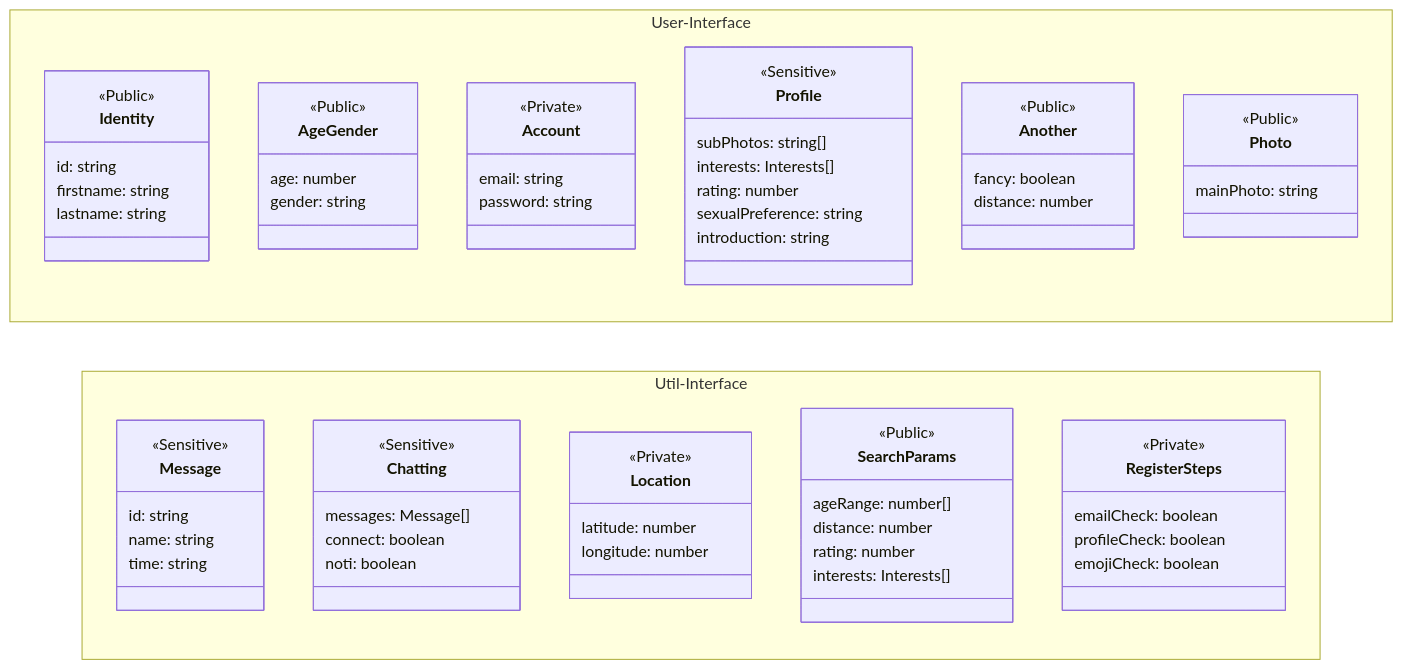
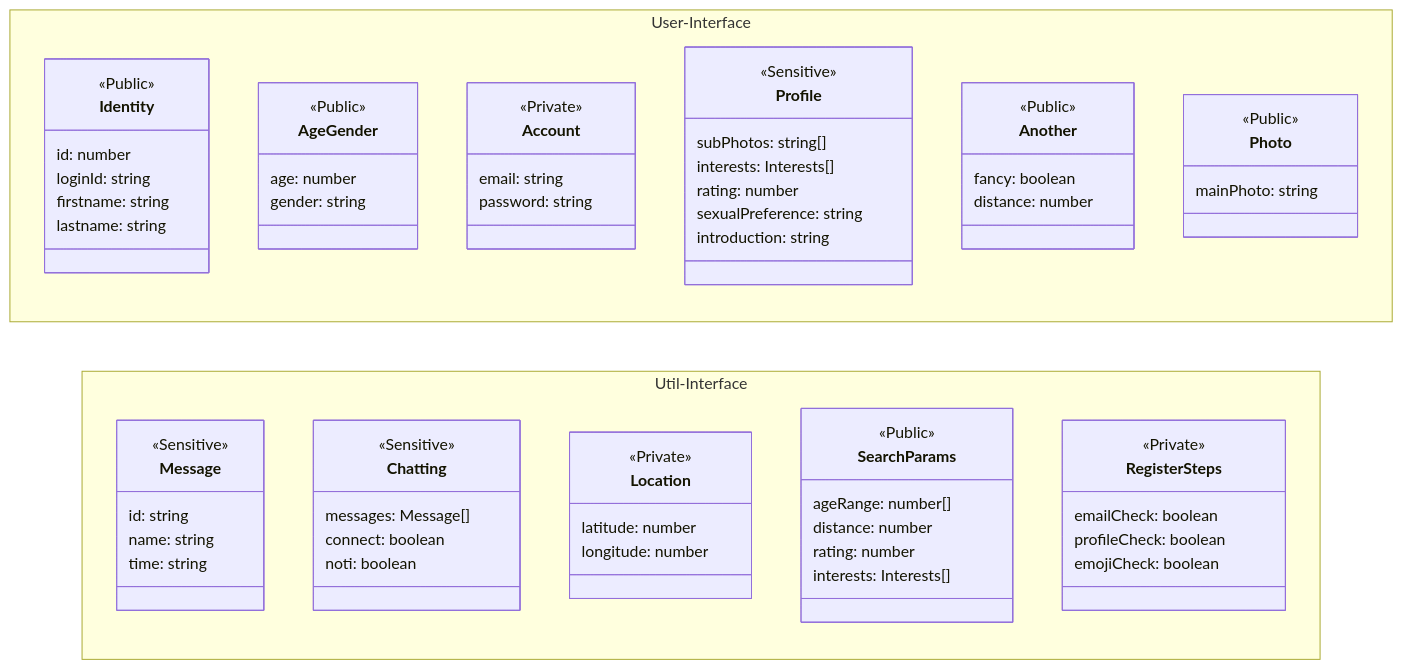
Before and after one commit to 42Seoul-Tea42/frontend: the first of 2 diagrams in app/redux/README.md, drawn with Mermaid. The commit also changed 7 other files, not shown here.

```diff
--- a/app/redux/README.md
+++ b/app/redux/README.md
@@ -49,7 +49,8 @@
 namespace User-Interface {
     class Identity {
         <<Public>>
-        id: string
+        id: number
+        loginId: string
         firstname: string
         lastname: string
     }
```
